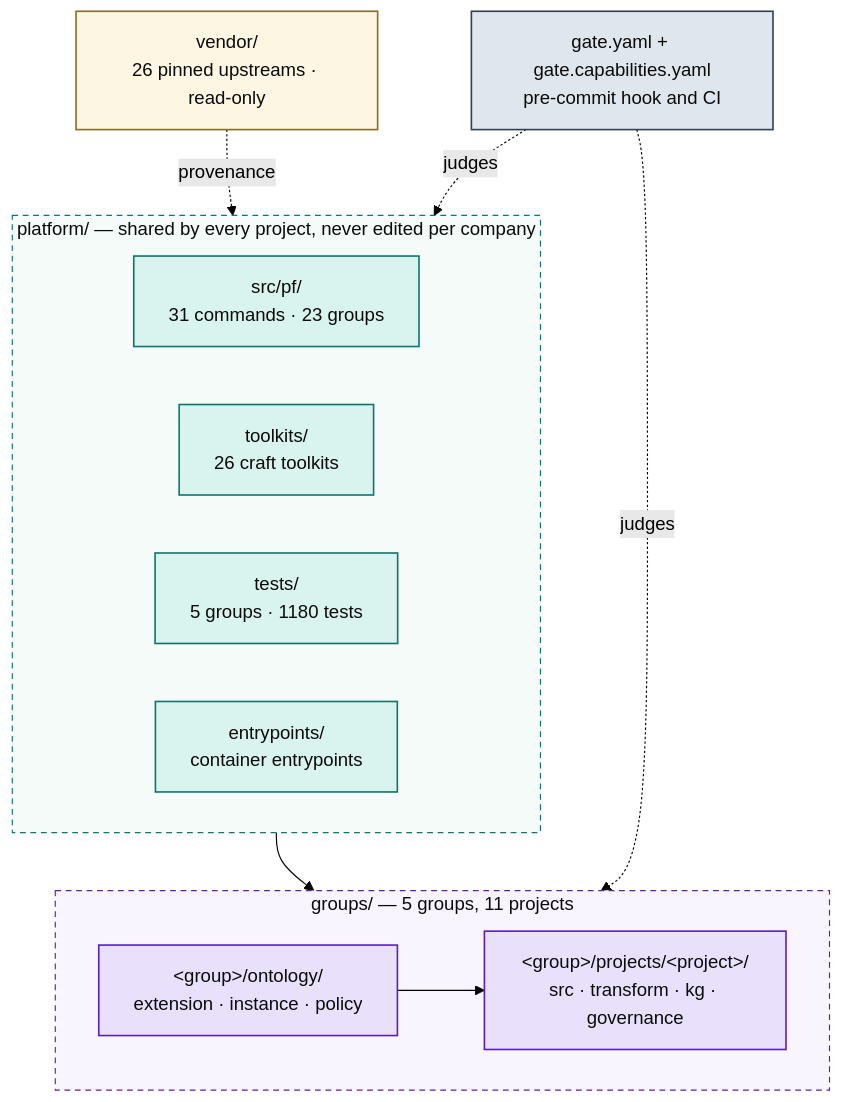
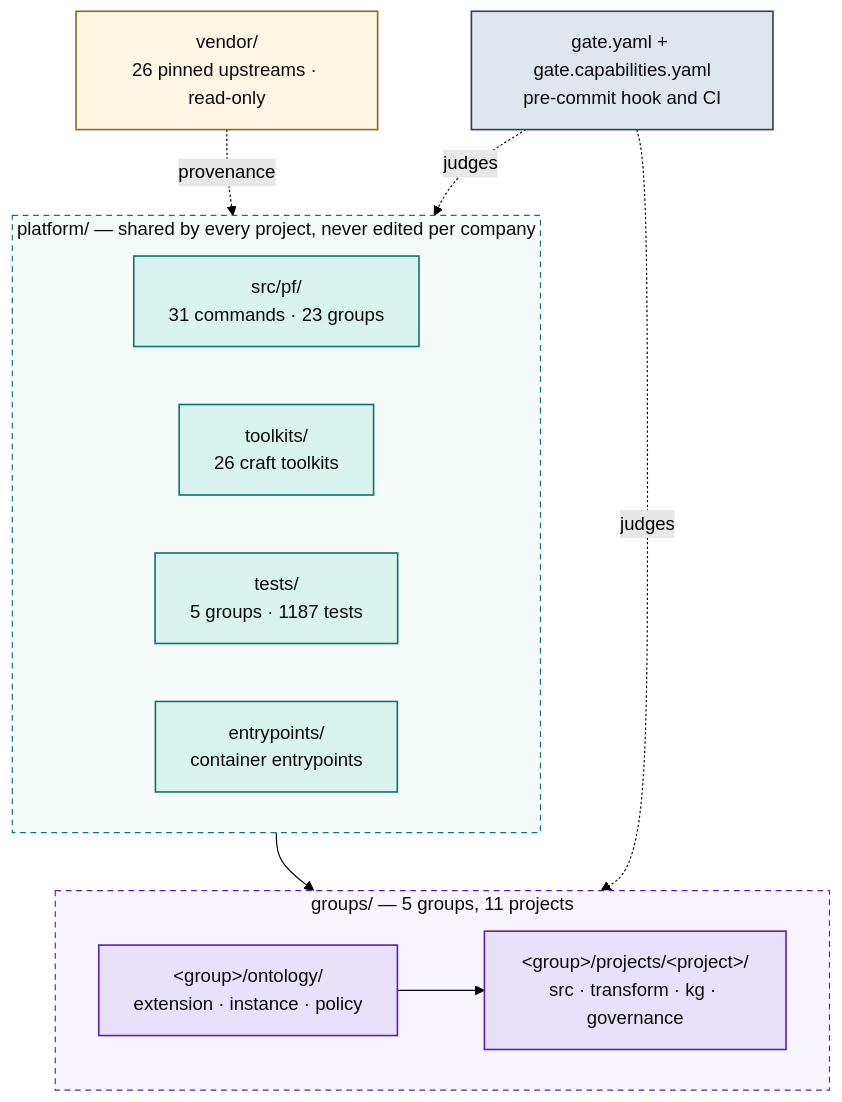
The first of 5 diagrams in docs/ARCHITECTURE.md (Atomz-org/data-platform), drawn with Mermaid (forest theme) before and after one commit. The commit also changed other lines of this file and 6 other files, not shown here.

````diff
--- a/docs/ARCHITECTURE.md
+++ b/docs/ARCHITECTURE.md
@@ -15,36 +15,36 @@
 ```mermaid
 flowchart TB
   subgraph SHARED["platform/ — shared by every project, never edited per company"]
     direction LR
     ENG["src/pf/<br/>31 commands · 23 groups"]
     TK["toolkits/<br/>26 craft toolkits"]
-    TST["tests/<br/>5 groups · 1180 tests"]
+    TST["tests/<br/>5 groups · 1187 tests"]
     ENT["entrypoints/<br/>container entrypoints"]
   end
 
   subgraph ENTITIES["groups/ — 5 groups, 11 projects"]
     direction LR
     GRP["&lt;group&gt;/ontology/<br/>extension · instance · policy"]
     PRJ["&lt;group&gt;/projects/&lt;project&gt;/<br/>src · transform · kg · governance"]
     GRP --> PRJ
   end
 
   VEN["vendor/<br/>26 pinned upstreams · read-only"]
   GATE["gate.yaml + gate.capabilities.yaml<br/>pre-commit hook and CI"]
 
   SHARED --> ENTITIES
   VEN -.provenance.-> SHARED
   GATE -.judges.-> ENTITIES
   GATE -.judges.-> SHARED
 
   classDef code fill:#d9f4ee,stroke:#0f766e,stroke-width:1.4px,color:#0b0b0b
   classDef data fill:#e9e1fb,stroke:#5b21b6,stroke-width:1.4px,color:#0b0b0b
   classDef gov fill:#e0e6ed,stroke:#334155,stroke-width:1.4px,color:#0b0b0b
   classDef ext fill:#fdf6e3,stroke:#8a6d1f,stroke-width:1.4px,color:#0b0b0b
   class ENG,TK,TST,ENT code
   class GRP,PRJ data
   class GATE gov
   class VEN ext
   style SHARED fill:#f4fbf9,stroke:#0f766e,stroke-dasharray:5 4,color:#0b0b0b
   style ENTITIES fill:#f8f5fe,stroke:#5b21b6,stroke-dasharray:5 4,color:#0b0b0b
 ```
````
